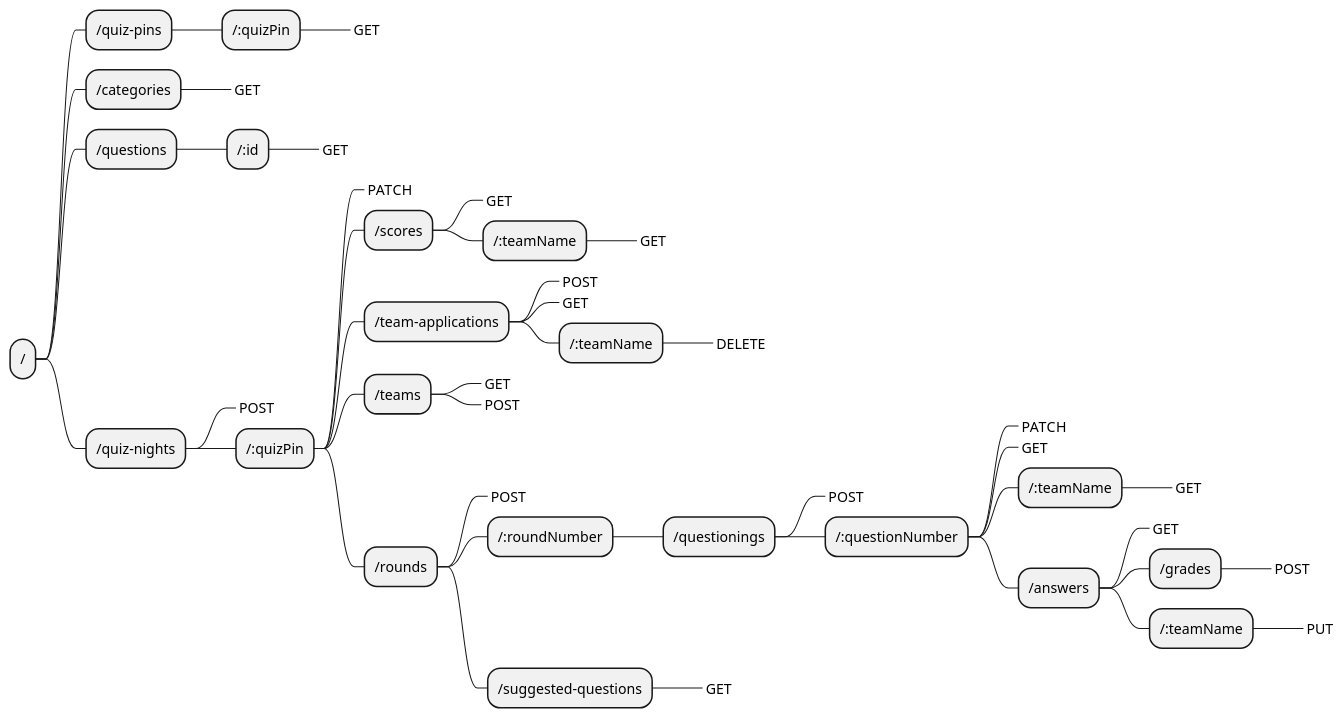
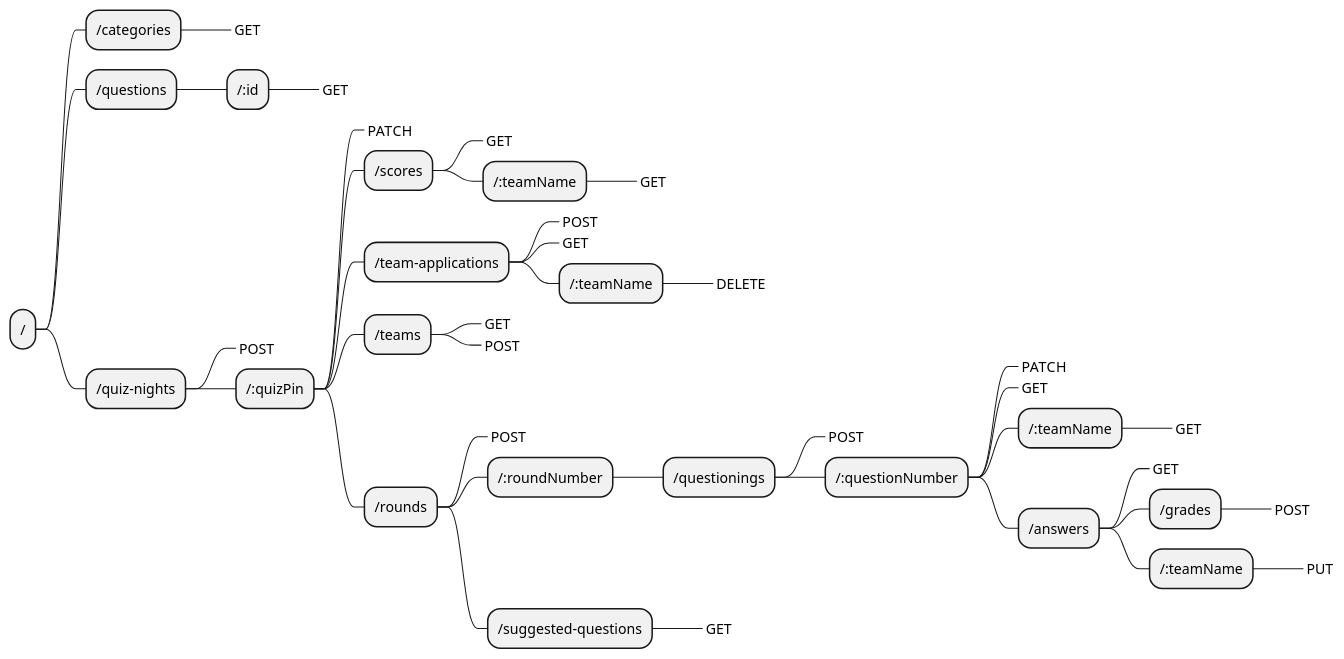
One commit to TomVermeer/dwaquiz changed the diagram in docs/apiDocs.md. Above: the diagram before and after it, drawn with PlantUML. The commit also changed other lines of this file, not shown here.

````diff
--- a/docs/apiDocs.md
+++ b/docs/apiDocs.md
@@ -22,47 +22,44 @@
 ```puml
 @startmindmap
 * /
- * /quiz-pins
-  * /:quizPin
-   *_ GET
  * /categories
   *_ GET
  * /questions
   * /:id
    *_ GET
  * /quiz-nights
   *_ POST
   * /:quizPin
    *_ PATCH
    * /scores
     *_ GET
     * /:teamName
      *_ GET
    * /team-applications
     *_ POST
     *_ GET
     * /:teamName
      *_ DELETE
    * /teams
     *_ GET
     *_ POST
    * /rounds
     *_ POST
     * /:roundNumber
      * /questionings
       *_ POST
       * /:questionNumber
        *_ PATCH
        *_ GET
        * /:teamName
         *_ GET
        * /answers
         *_ GET
         * /grades
          *_ POST
         * /:teamName
          *_ PUT
     * /suggested-questions
      *_ GET
 @endmindmap
 ```
````
